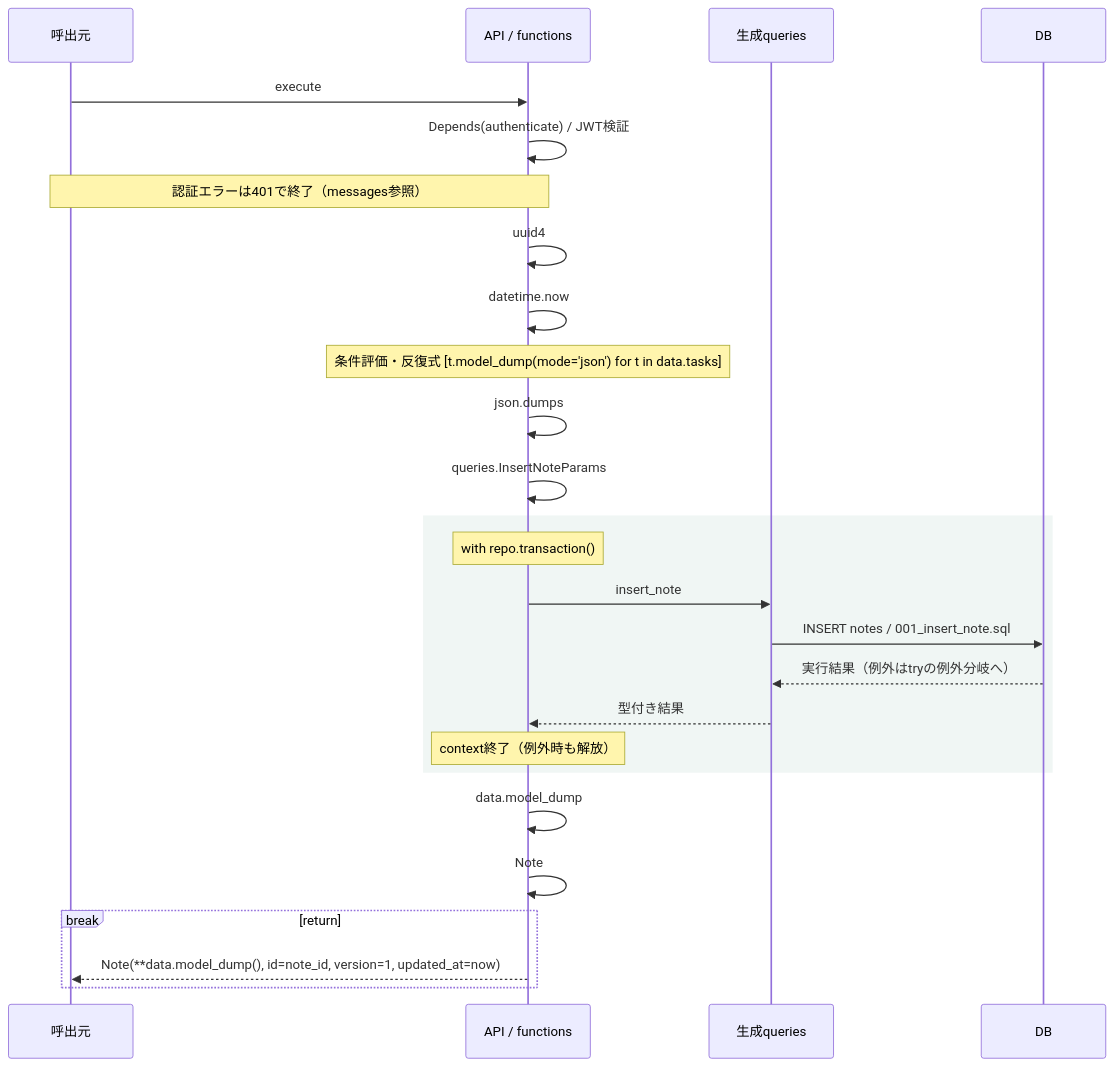
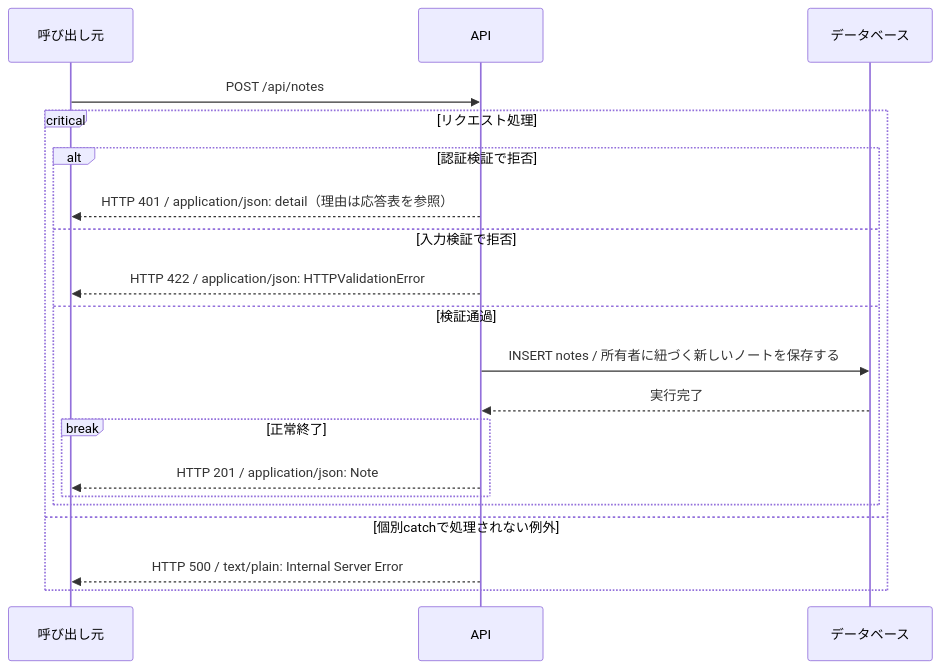
The diagram in docs/generated/apis/create_note/sequence.gen.md (tsuji-tomonori/CornellNoteWebv2), drawn with Mermaid before and after one commit. The commit also changed other lines of this file and 30 other files, not shown here.

First line of the commit message:
📝 docs(sequence): API・DB・呼出元の分岐とHTTP応答を明確にする

````diff
--- a/docs/generated/apis/create_note/sequence.gen.md
+++ b/docs/generated/apis/create_note/sequence.gen.md
@@ -13,28 +22,22 @@
 ```mermaid
 sequenceDiagram
-    participant C as 呼出元
-    participant A as API / functions
-    participant Q as 生成queries
-    participant D as DB
-    C->>A: execute
-    A->>A: Depends(authenticate) / JWT検証
-    Note over C,A: 認証エラーは401で終了（messages参照）
-    A->>A: uuid4
-    A->>A: datetime.now
-    Note over A: 条件評価・反復式 [t.model_dump(mode='json') for t in data.tasks]
-    A->>A: json.dumps
-    A->>A: queries.InsertNoteParams
-    rect rgb(240, 246, 244)
-    Note over A: with repo.transaction()
-    A->>Q: insert_note
-    Q->>D: INSERT notes / 001_insert_note.sql
-    D-->>Q: 実行結果（例外はtryの例外分岐へ）
-    Q-->>A: 型付き結果
-    Note over A: context終了（例外時も解放）
+    participant C as 呼び出し元
+    participant A as API
+    participant D as データベース
+    C->>A: POST /api/notes
+    critical リクエスト処理
+    alt 認証検証で拒否
+    A-->>C: HTTP 401 / application/json: detail（理由は応答表を参照）
+    else 入力検証で拒否
+    A-->>C: HTTP 422 / application/json: HTTPValidationError
+    else 検証通過
+    A->>D: INSERT notes / 所有者に紐づく新しいノートを保存する
+    D-->>A: 実行完了
+    break 正常終了
+    A-->>C: HTTP 201 / application/json: Note
     end
-    A->>A: data.model_dump
-    A->>A: Note
-    break return
-    A-->>C: Note(**data.model_dump(), id=note_id, version=1, updated_at=now)
+    end
+    option 個別catchで処理されない例外
+    A-->>C: HTTP 500 / text/plain: Internal Server Error
     end
 ```
````
